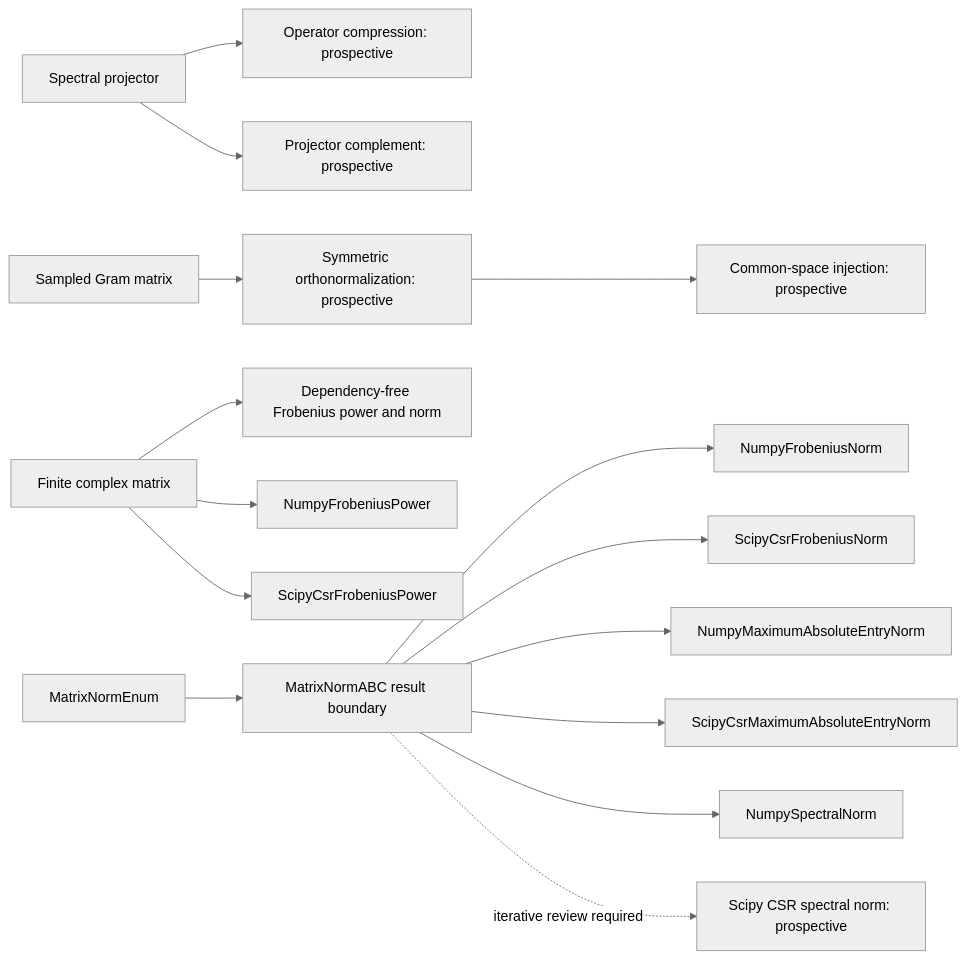
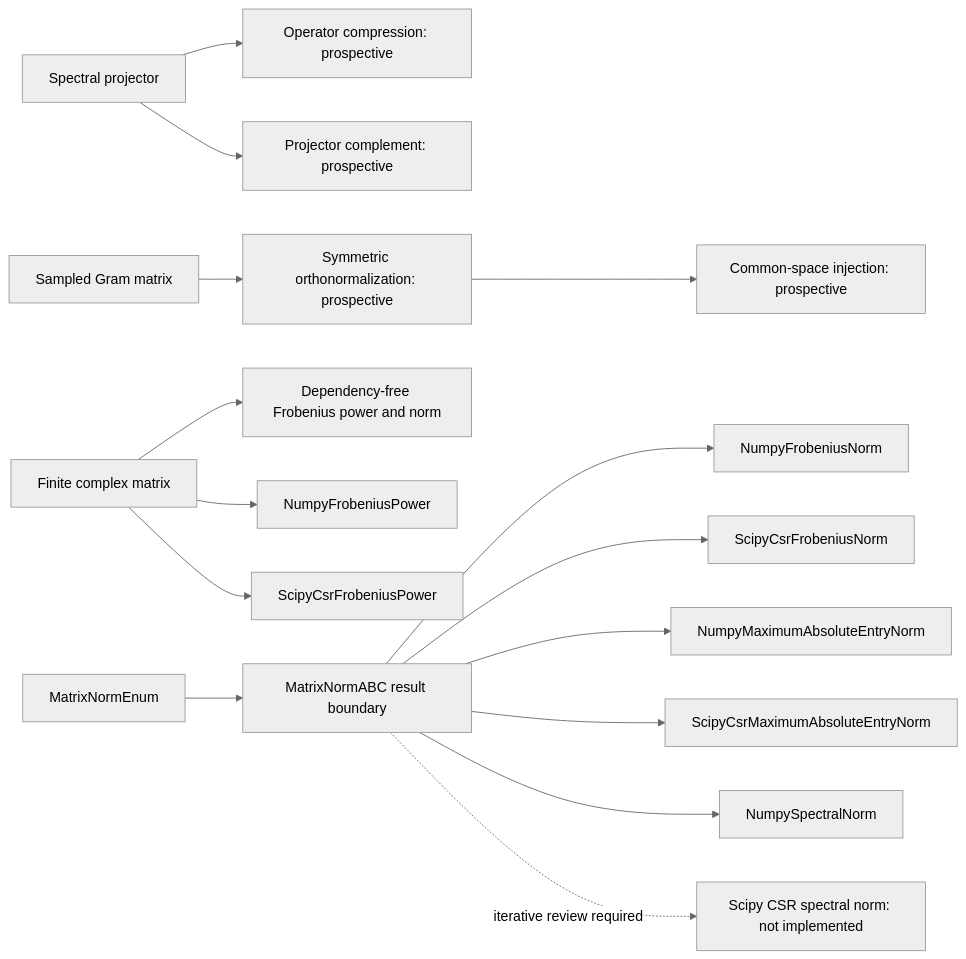
One commit to eragasa/projectkoios-optimization changed the fourth of 6 diagrams in docs/architecture/projectkoios/numerics/linalg/schematics.md. Above: the diagram before and after it, drawn with Mermaid (neutral theme). The commit also changed other lines of this file and 13 other files, not shown here.

````diff
--- a/docs/architecture/projectkoios/numerics/linalg/schematics.md
+++ b/docs/architecture/projectkoios/numerics/linalg/schematics.md
@@ -89,17 +89,17 @@
 ```mermaid
 flowchart LR
     P[Spectral projector] --> C[Operator compression: prospective]
     P --> K[Projector complement: prospective]
     G[Sampled Gram matrix] --> O[Symmetric orthonormalization: prospective]
     O --> J[Common-space injection: prospective]
     N[Finite complex matrix] --> F[Dependency-free Frobenius power and norm]
     N --> U[NumpyFrobeniusPower]
     N --> R[ScipyCsrFrobeniusPower]
     E[MatrixNormEnum] --> A[MatrixNormABC result boundary]
     A --> B[NumpyFrobeniusNorm]
     A --> S[ScipyCsrFrobeniusNorm]
     A --> M[NumpyMaximumAbsoluteEntryNorm]
     A --> Q[ScipyCsrMaximumAbsoluteEntryNorm]
     A --> D[NumpySpectralNorm]
-    A -. iterative review required .-> H[Scipy CSR spectral norm: prospective]
+    A -. iterative review required .-> H[Scipy CSR spectral norm: not implemented]
 ```
````
